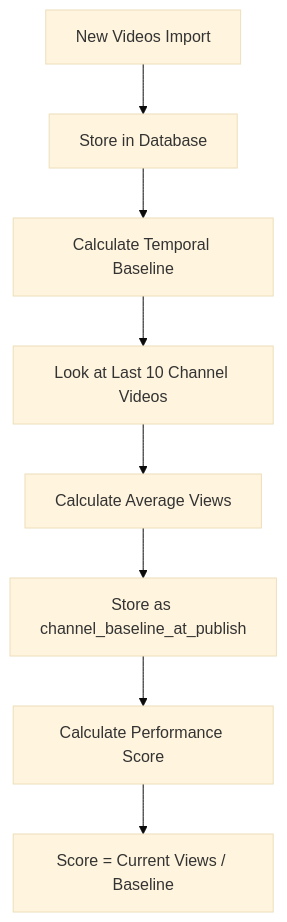
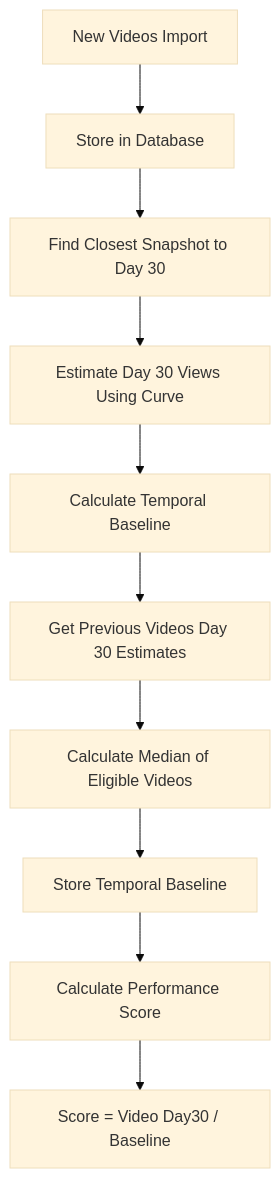
One commit to makeorbreakshop/video-scripter changed the diagram in docs/TEMPORAL-PERFORMANCE-SCORE-SYSTEM.md. Above: the diagram before and after it, drawn with Mermaid (base theme). The commit also changed other lines of this file and 12 other files, not shown here.

````diff
--- a/docs/TEMPORAL-PERFORMANCE-SCORE-SYSTEM.md
+++ b/docs/TEMPORAL-PERFORMANCE-SCORE-SYSTEM.md
@@ -254,10 +295,12 @@
 ```mermaid
 graph TD
     A[New Videos Import] --> B[Store in Database]
-    B --> C[Calculate Temporal Baseline]
-    C --> D[Look at Last 10 Channel Videos]
-    D --> E[Calculate Average Views]
-    E --> F[Store as channel_baseline_at_publish]
-    F --> G[Calculate Performance Score]
-    G --> H[Score = Current Views / Baseline]
+    B --> C[Find Closest Snapshot to Day 30]
+    C --> D[Estimate Day 30 Views Using Curve]
+    D --> E[Calculate Temporal Baseline]
+    E --> F[Get Previous Videos Day 30 Estimates]
+    F --> G[Calculate Median of Eligible Videos]
+    G --> H[Store Temporal Baseline]
+    H --> I[Calculate Performance Score]
+    I --> J[Score = Video Day30 / Baseline]
 ```
````
